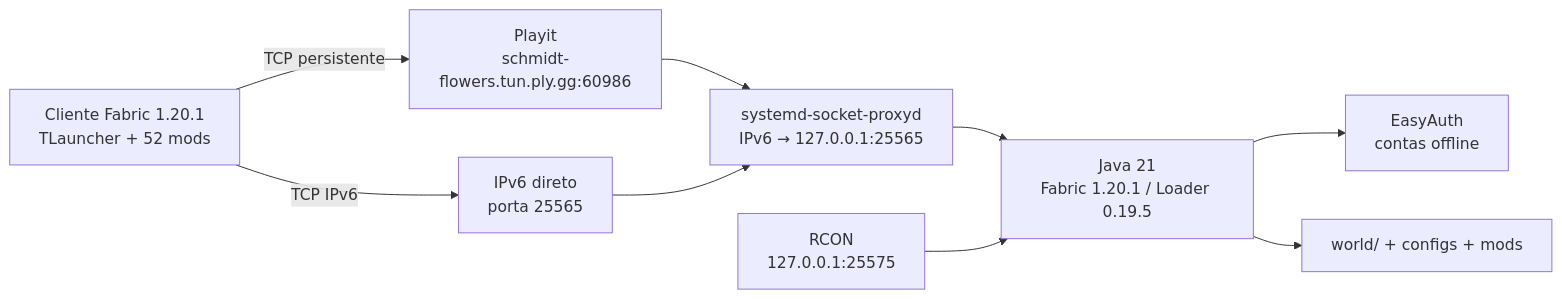
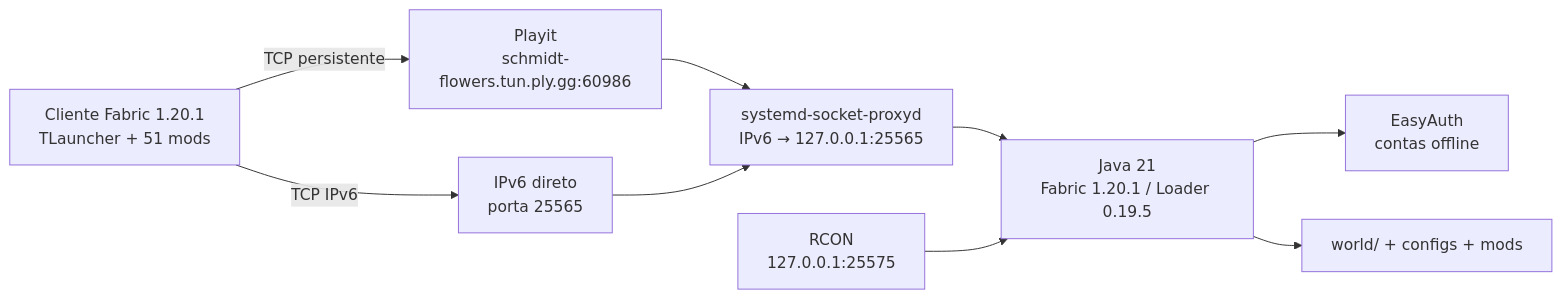
One commit to venysssssssssss/only-bangers-mine-server changed the first of 6 diagrams in docs/architecture.md. Above: the diagram before and after it, drawn with Mermaid. The commit also changed other lines of this file and 11 other files, not shown here.

````diff
--- a/docs/architecture.md
+++ b/docs/architecture.md
@@ -9,20 +9,20 @@
 ```mermaid
 flowchart LR
-    Client[Cliente Fabric 1.20.1<br/>TLauncher + 52 mods]
+    Client[Cliente Fabric 1.20.1<br/>TLauncher + 51 mods]
     Playit[Playit<br/>schmidt-flowers.tun.ply.gg:60986]
     IPv6[IPv6 direto<br/>porta 25565]
     Proxy[systemd-socket-proxyd<br/>IPv6 → 127.0.0.1:25565]
     Java[Java 21<br/>Fabric 1.20.1 / Loader 0.19.5]
     RCON[RCON<br/>127.0.0.1:25575]
     Auth[EasyAuth<br/>contas offline]
     World[world/ + configs + mods]
 
     Client -->|TCP persistente| Playit
     Client -->|TCP IPv6| IPv6
     Playit --> Proxy
     IPv6 --> Proxy
     Proxy --> Java
     Java --> Auth
     Java --> World
     RCON --> Java
 ```
````
